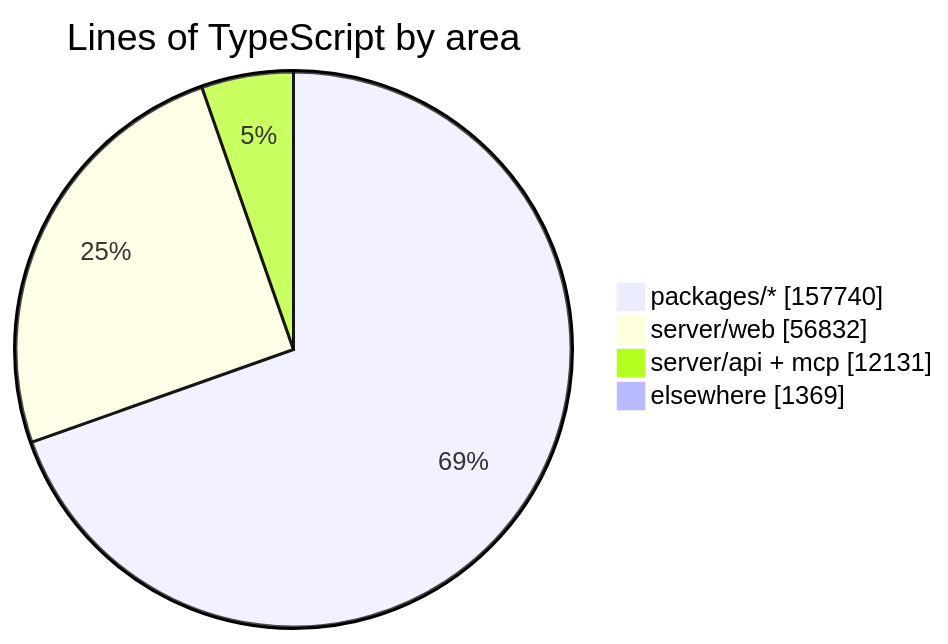
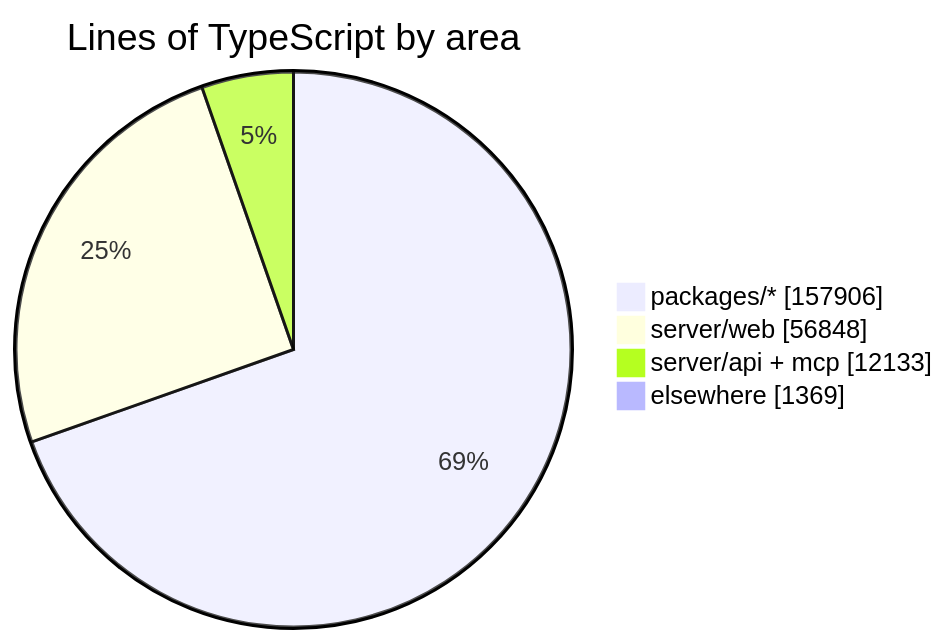
One commit to crossworks-engineering/mantle changed the diagram in README.md. Above: the diagram before and after it, drawn with Mermaid. The commit also changed other lines of this file and 2 other files, not shown here.

````diff
--- a/README.md
+++ b/README.md
@@ -279,7 +279,7 @@
 ```mermaid
 pie showData title Lines of TypeScript by area
-    "packages/*" : 157740
-    "server/web" : 56832
-    "server/api + mcp" : 12131
+    "packages/*" : 157906
+    "server/web" : 56848
+    "server/api + mcp" : 12133
     "elsewhere" : 1369
 ```
````
